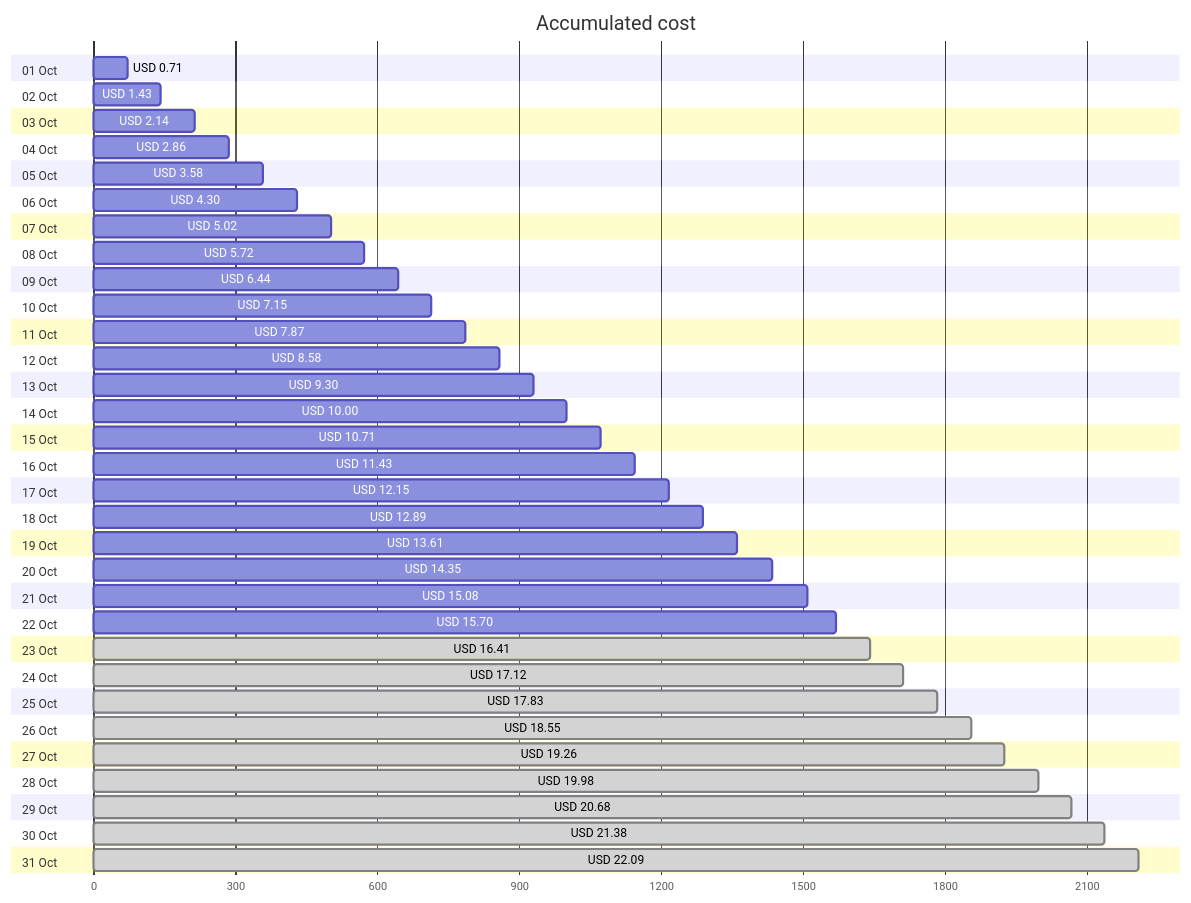
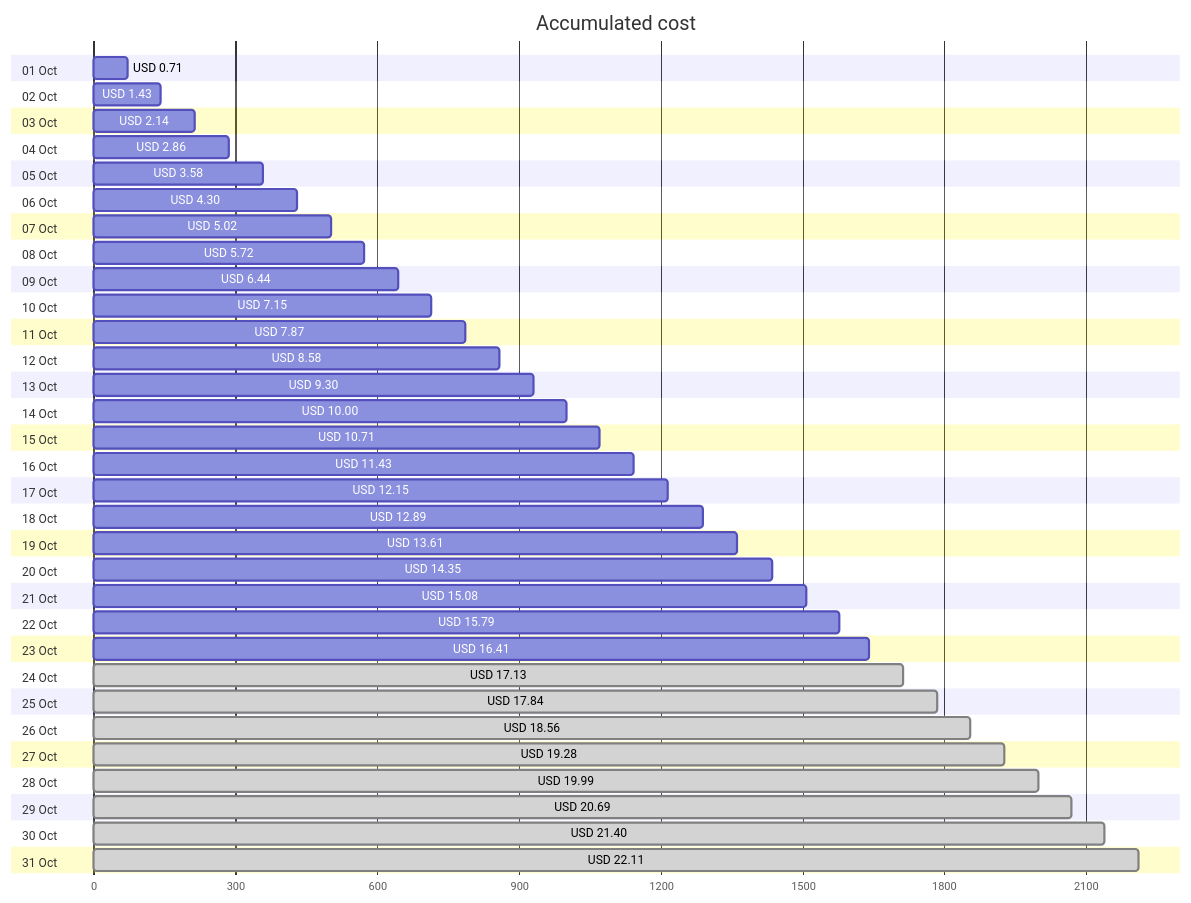
Before and after one commit to jpfulton/azure-personal-reports: the first of 4 diagrams in cost-reports/personal-network/backup-server-data-disk.md, drawn with Mermaid. The commit also changed other lines of this file and 8 other files, not shown here.

````diff
--- a/cost-reports/personal-network/backup-server-data-disk.md
+++ b/cost-reports/personal-network/backup-server-data-disk.md
@@ -20,68 +20,68 @@
 ```mermaid
 gantt
    title Accumulated cost
    dateFormat  X
    axisFormat %s
    section 01 Oct
    USD 0.71 :0, 71
    section 02 Oct
    USD 1.43 :0, 143
    section 03 Oct
    USD 2.14 :0, 214
    section 04 Oct
    USD 2.86 :0, 286
    section 05 Oct
    USD 3.58 :0, 358
    section 06 Oct
    USD 4.30 :0, 430
    section 07 Oct
    USD 5.02 :0, 502
    section 08 Oct
    USD 5.72 :0, 572
    section 09 Oct
    USD 6.44 :0, 644
    section 10 Oct
    USD 7.15 :0, 715
    section 11 Oct
    USD 7.87 :0, 787
    section 12 Oct
    USD 8.58 :0, 858
    section 13 Oct
    USD 9.30 :0, 930
    section 14 Oct
    USD 10.00 :0, 1000
    section 15 Oct
    USD 10.71 :0, 1071
    section 16 Oct
    USD 11.43 :0, 1143
    section 17 Oct
    USD 12.15 :0, 1215
    section 18 Oct
    USD 12.89 :0, 1289
    section 19 Oct
    USD 13.61 :0, 1361
    section 20 Oct
    USD 14.35 :0, 1435
    section 21 Oct
    USD 15.08 :0, 1508
    section 22 Oct
-   USD 15.70 :0, 1570
+   USD 15.79 :0, 1579
    section 23 Oct
-   USD 16.41 : done, 0, 1641
+   USD 16.41 :0, 1641
    section 24 Oct
-   USD 17.12 : done, 0, 1712
+   USD 17.13 : done, 0, 1713
    section 25 Oct
-   USD 17.83 : done, 0, 1783
+   USD 17.84 : done, 0, 1784
    section 26 Oct
-   USD 18.55 : done, 0, 1855
+   USD 18.56 : done, 0, 1856
    section 27 Oct
-   USD 19.26 : done, 0, 1926
+   USD 19.28 : done, 0, 1928
    section 28 Oct
-   USD 19.98 : done, 0, 1998
+   USD 19.99 : done, 0, 1999
    section 29 Oct
-   USD 20.68 : done, 0, 2068
+   USD 20.69 : done, 0, 2069
    section 30 Oct
-   USD 21.38 : done, 0, 2138
+   USD 21.40 : done, 0, 2140
    section 31 Oct
-   USD 22.09 : done, 0, 2209
+   USD 22.11 : done, 0, 2211
 ```
````
